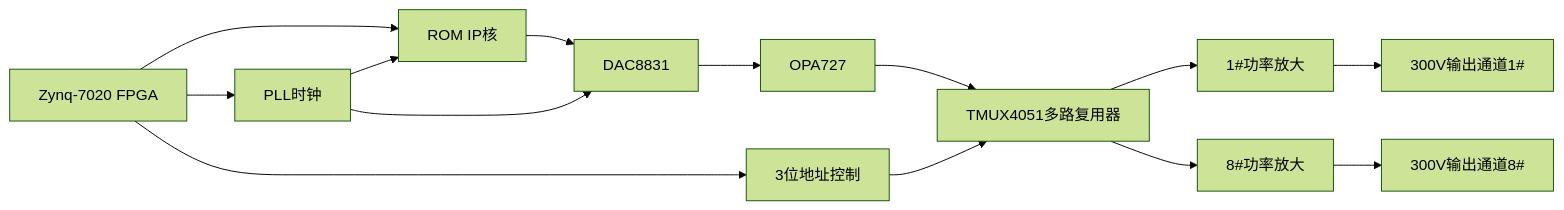
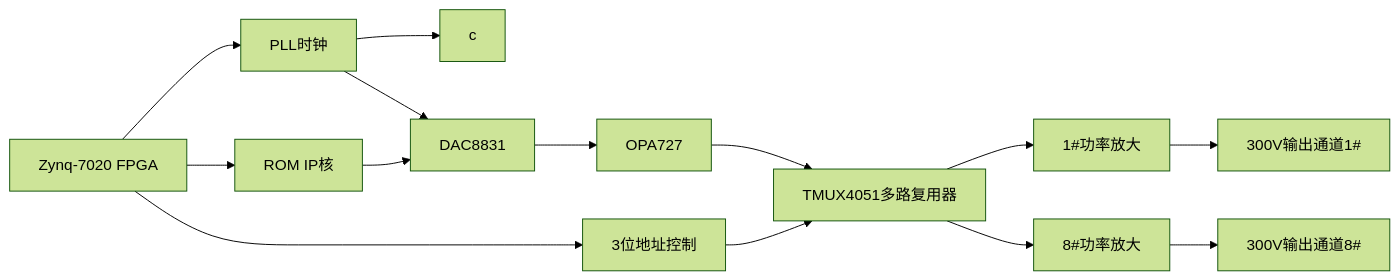
One commit to Rukawa15/iodraw-files changed the diagram in all/信号发生.md. Above: the diagram before and after it, drawn with Mermaid (forest theme).

Commit message:
2025-06-19 14:22:15 update

````diff
--- a/all/信号发生.md
+++ b/all/信号发生.md
@@ -1,11 +1,11 @@
 ```mermaid
 graph LR
 A[Zynq-7020 FPGA] --> B[ROM IP核] 
-A --> C[PLL时钟] --> B
+A --> C[PLL时钟] --> c
 C --> D[DAC8831] 
 B --> D[DAC8831] 
 D --> E[OPA727] --> F[TMUX4051多路复用器]
 F --> H[1#功率放大] --> I[300V输出通道1#]
 F --> J[8#功率放大] --> K[300V输出通道8#]
 A --> G[3位地址控制] --> F
 ```
````
